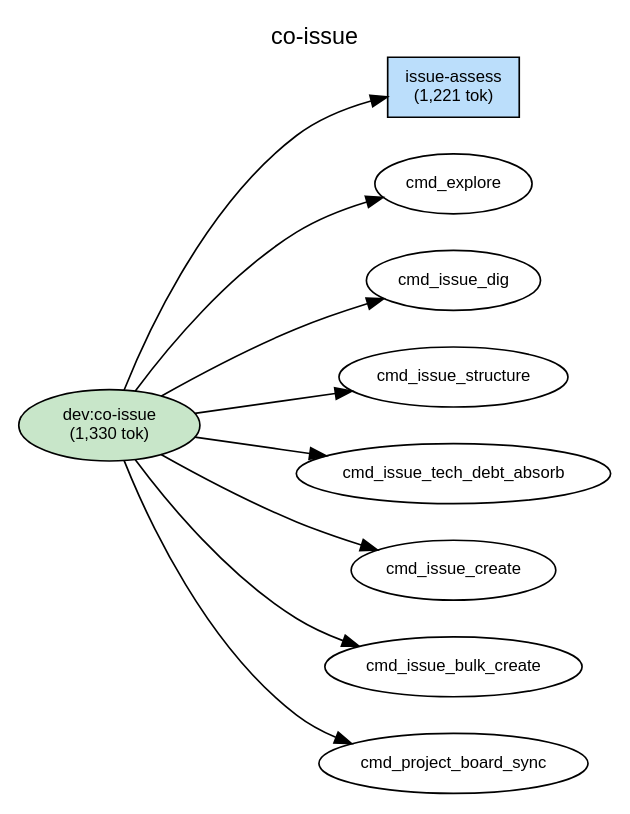
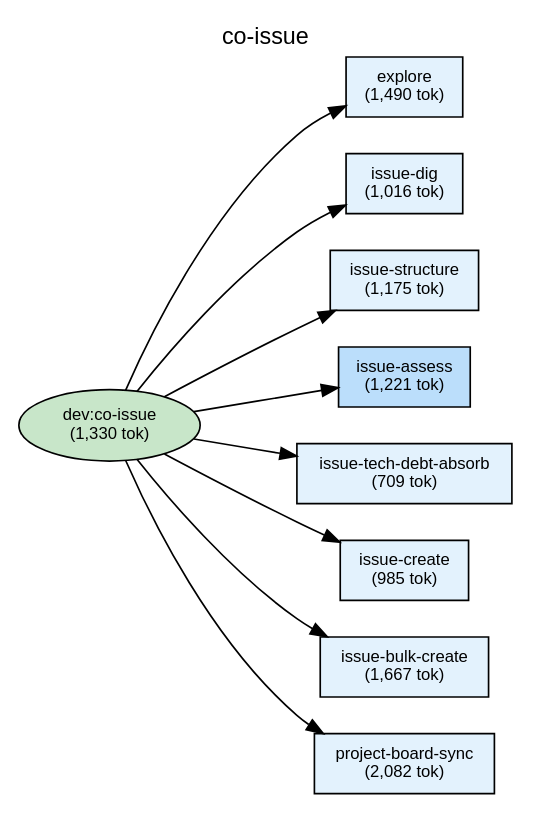
The diagram in plugins/dev/docs/deps-co-issue.dot (shuu5/twill), drawn with Graphviz before and after one commit. The commit also changed 26 other files, not shown here.

```diff
--- a/plugins/dev/docs/deps-co-issue.dot
+++ b/plugins/dev/docs/deps-co-issue.dot
@@ -1,47 +1,63 @@
 digraph Dependencies {
     // Graph settings
     rankdir=LR;
     ranksep=0.8;
     nodesep=0.3;
     fontname="Helvetica";
     node [fontname="Helvetica", fontsize=10];
     edge [fontname="Helvetica", fontsize=9];
     label="co-issue";
     labelloc=t;
     fontsize=14;
 
     // L0: Controller Skills
     skill_co_issue [label="dev:co-issue\n(1,330 tok)", shape=ellipse, style=filled, fillcolor="#c8e6c9"];
 
     // L0: Launchers
 
     // L0.5: Workflow Skills
 
     // Reference Skills
 
     // L1: Direct Commands
+    cmd_issue_dig [label="issue-dig\n(1,016 tok)", shape=box, style=filled, fillcolor="#e3f2fd"];
+    cmd_issue_structure [label="issue-structure\n(1,175 tok)", shape=box, style=filled, fillcolor="#e3f2fd"];
+    cmd_issue_create [label="issue-create\n(985 tok)", shape=box, style=filled, fillcolor="#e3f2fd"];
+    cmd_issue_bulk_create [label="issue-bulk-create\n(1,667 tok)", shape=box, style=filled, fillcolor="#e3f2fd"];
+    cmd_issue_tech_debt_absorb [label="issue-tech-debt-absorb\n(709 tok)", shape=box, style=filled, fillcolor="#e3f2fd"];
+    cmd_project_board_sync [label="project-board-sync\n(2,082 tok)", shape=box, style=filled, fillcolor="#e3f2fd"];
     cmd_issue_assess [label="issue-assess\n(1,221 tok)", shape=box, style=filled, fillcolor="#bbdefb"];
+    cmd_explore [label="explore\n(1,490 tok)", shape=box, style=filled, fillcolor="#e3f2fd"];
 
     // L2: Sub Commands
 
     // L3: Agents
 
     // L3.5: Scripts
 
     // L4: External
 
     // Layer constraints
     { rank=same; skill_co_issue; }
-    { rank=same; cmd_issue_assess; }
+    { rank=same; cmd_issue_dig; cmd_issue_structure; cmd_issue_create; cmd_issue_bulk_create; cmd_issue_tech_debt_absorb; cmd_project_board_sync; cmd_issue_assess; cmd_explore; }
 
     // Edges
     skill_co_issue -> cmd_explore;
     skill_co_issue -> cmd_issue_dig;
     skill_co_issue -> cmd_issue_structure;
     skill_co_issue -> cmd_issue_assess;
     skill_co_issue -> cmd_issue_tech_debt_absorb;
     skill_co_issue -> cmd_issue_create;
     skill_co_issue -> cmd_issue_bulk_create;
     skill_co_issue -> cmd_project_board_sync;
 
+    // Ordering constraints (invisible edges)
+    cmd_explore -> cmd_issue_dig [style=invis, weight=10];
+    cmd_issue_dig -> cmd_issue_structure [style=invis, weight=10];
+    cmd_issue_structure -> cmd_issue_assess [style=invis, weight=10];
+    cmd_issue_assess -> cmd_issue_tech_debt_absorb [style=invis, weight=10];
+    cmd_issue_tech_debt_absorb -> cmd_issue_create [style=invis, weight=10];
+    cmd_issue_create -> cmd_issue_bulk_create [style=invis, weight=10];
+    cmd_issue_bulk_create -> cmd_project_board_sync [style=invis, weight=10];
+
 }
```
